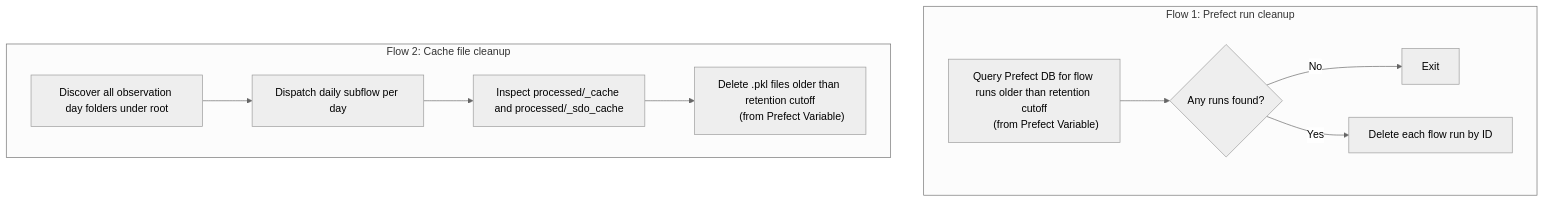
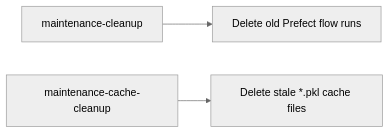
One commit to irsol-locarno/irsol-data-pipeline changed the diagram in documentation/pipeline-maintenance.md. Above: the diagram before and after it, drawn with Mermaid (neutral theme). The commit also changed other lines of this file and 9 other files, not shown here.

````diff
--- a/documentation/pipeline-maintenance.md
+++ b/documentation/pipeline-maintenance.md
@@ -12,16 +5,5 @@
 ```mermaid
-flowchart TD
-    subgraph A["Flow 1: Prefect run cleanup"]
-        A1["Query Prefect DB for flow runs older than retention cutoff
-        (from Prefect Variable)"] --> A2{"Any runs found?"}
-        A2 -->|No| A3["Exit"]
-        A2 -->|Yes| A4["Delete each flow run by ID"]
-    end
-
-    subgraph B["Flow 2: Cache file cleanup"]
-        B1["Discover all observation day folders under root"] --> B2["Dispatch daily subflow per day"]
-        B2 --> B3["Inspect processed/_cache and processed/_sdo_cache"]
-        B3 --> B4["Delete .pkl files older than retention cutoff
-        (from Prefect Variable)"]
-    end
+flowchart LR
+    A["maintenance-cleanup"] --> A1["Delete old Prefect flow runs"]
+    B["maintenance-cache-cleanup"] --> B1["Delete stale *.pkl cache files"]
 ```
````
